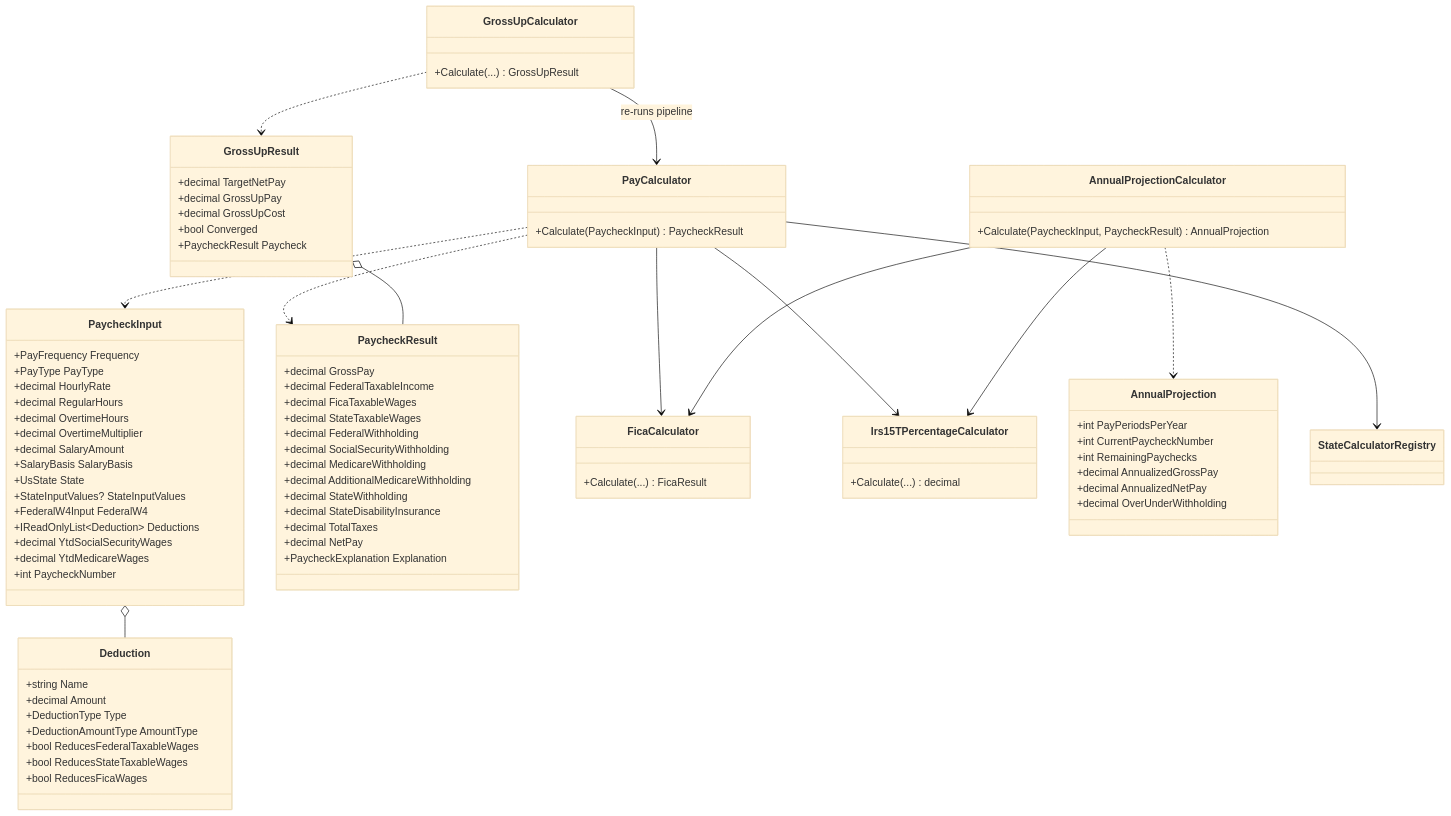
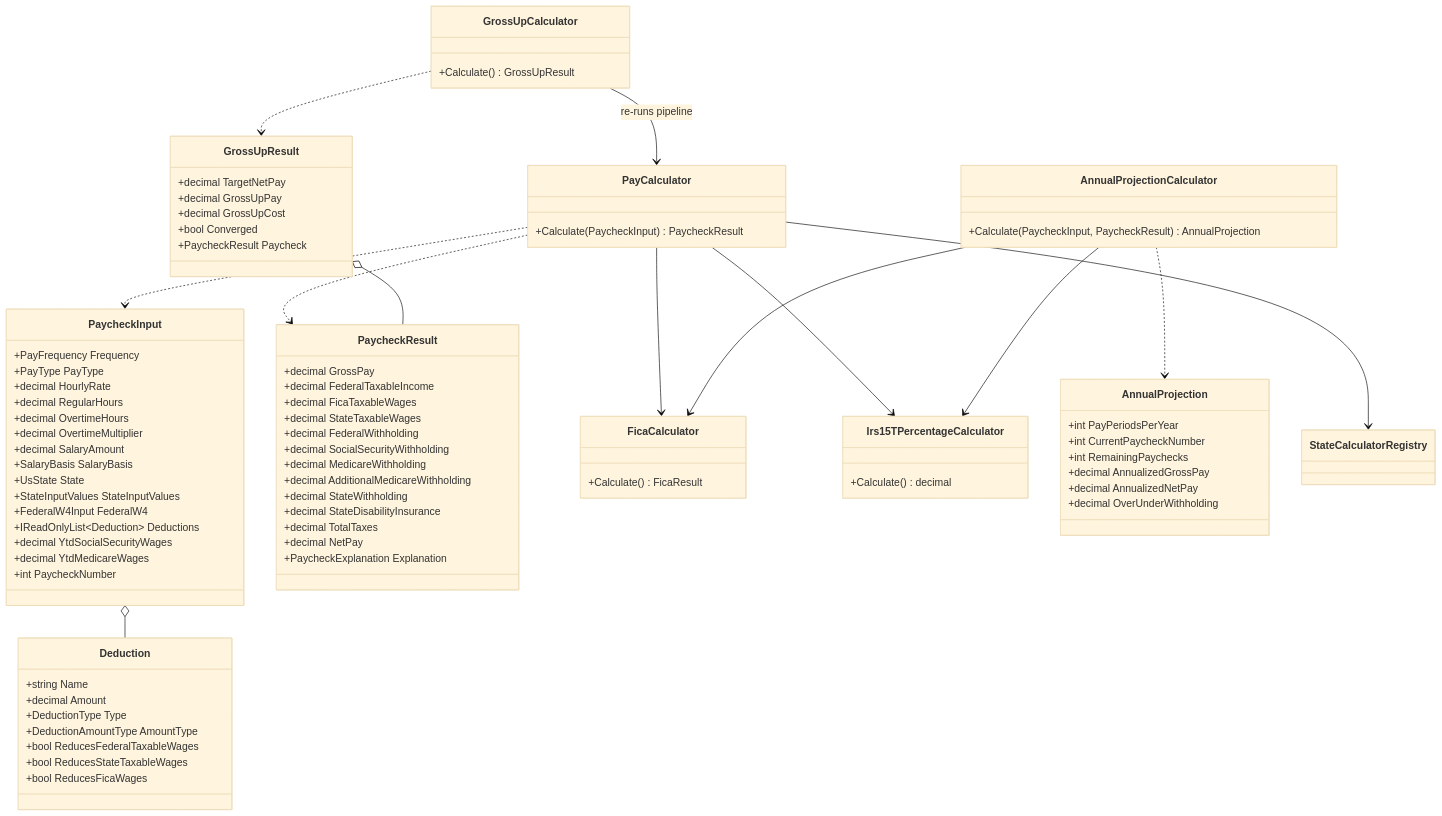
The second of 9 diagrams in docs/class-diagram.md (Fibonacci-0112/PaycheckCalculator), drawn with Mermaid (base theme) before and after one commit. The commit also changed other lines of this file, not shown here.

Commit message:
Tighten Mermaid class diagram syntax

```diff
--- a/docs/class-diagram.md
+++ b/docs/class-diagram.md
@@ -65,7 +61,7 @@
         +decimal SalaryAmount
         +SalaryBasis SalaryBasis
         +UsState State
-        +StateInputValues? StateInputValues
+        +StateInputValues StateInputValues
         +FederalW4Input FederalW4
         +IReadOnlyList~Deduction~ Deductions
         +decimal YtdSocialSecurityWages
@@ -103,16 +99,16 @@
         +Calculate(PaycheckInput) PaycheckResult
     }
     class FicaCalculator {
-        +Calculate(...) FicaResult
+        +Calculate() FicaResult
     }
     class Irs15TPercentageCalculator {
-        +Calculate(...) decimal
+        +Calculate() decimal
     }
     class AnnualProjectionCalculator {
         +Calculate(PaycheckInput, PaycheckResult) AnnualProjection
     }
     class GrossUpCalculator {
-        +Calculate(...) GrossUpResult
+        +Calculate() GrossUpResult
     }
     class AnnualProjection {
         +int PayPeriodsPerYear
```
